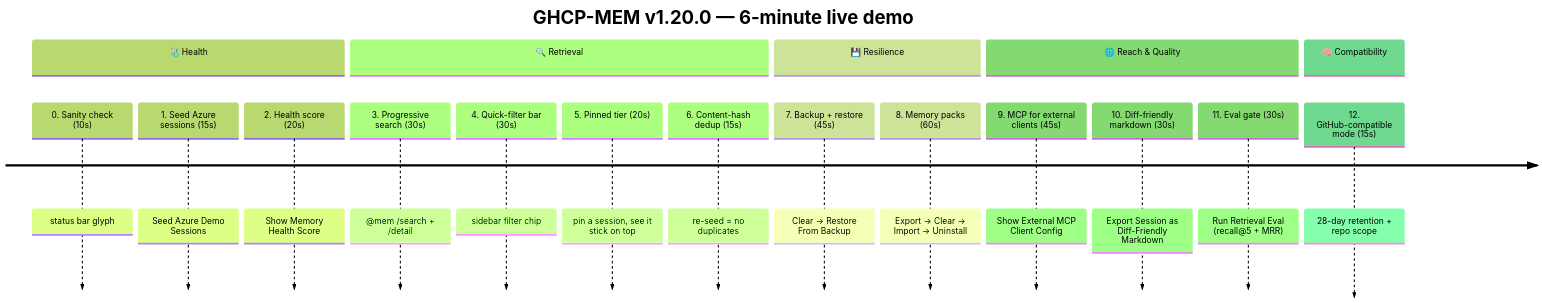
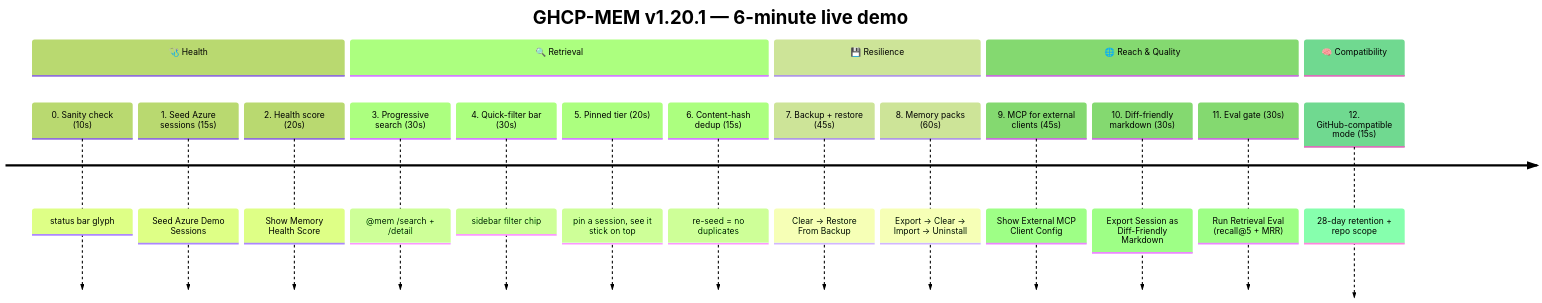
Before and after one commit to ITcredibl/ghcp-mem: the first of 5 diagrams in docs/DEMO.md, drawn with Mermaid (forest theme). The commit also changed other lines of this file and 11 other files, not shown here.

````diff
--- a/docs/DEMO.md
+++ b/docs/DEMO.md
@@ -20,22 +20,22 @@
 ```mermaid
 timeline
-    title GHCP-MEM v1.20.0 — 6-minute live demo
+    title GHCP-MEM v1.20.1 — 6-minute live demo
     section 🩺 Health
         0. Sanity check (10s)              : status bar glyph
         1. Seed Azure sessions (15s)       : Seed Azure Demo Sessions
         2. Health score (20s)              : Show Memory Health Score
     section 🔍 Retrieval
         3. Progressive search (30s)        : @mem /search + /detail
         4. Quick-filter bar (30s)          : sidebar filter chip
         5. Pinned tier (20s)               : pin a session, see it stick on top
         6. Content-hash dedup (15s)        : re-seed = no duplicates
     section 💾 Resilience
         7. Backup + restore (45s)          : Clear → Restore From Backup
         8. Memory packs (60s)              : Export → Clear → Import → Uninstall
     section 🌐 Reach & Quality
         9. MCP for external clients (45s)  : Show External MCP Client Config
         10. Diff-friendly markdown (30s)   : Export Session as Diff-Friendly Markdown
         11. Eval gate (30s)                : Run Retrieval Eval (recall@5 + MRR)
     section 🧠 Compatibility
         12. GitHub-compatible mode (15s)   : 28-day retention + repo scope
 ```
````
